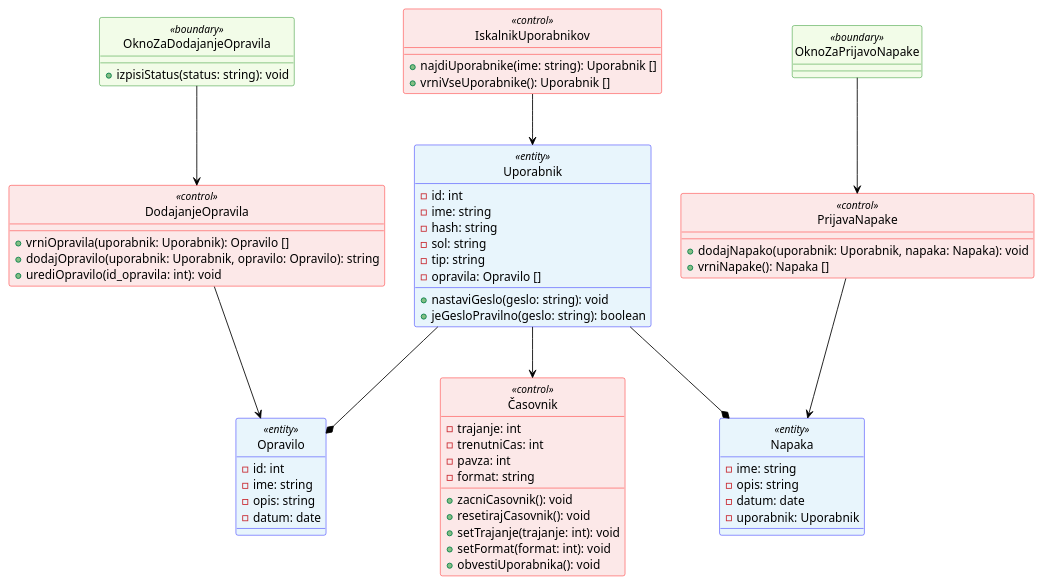
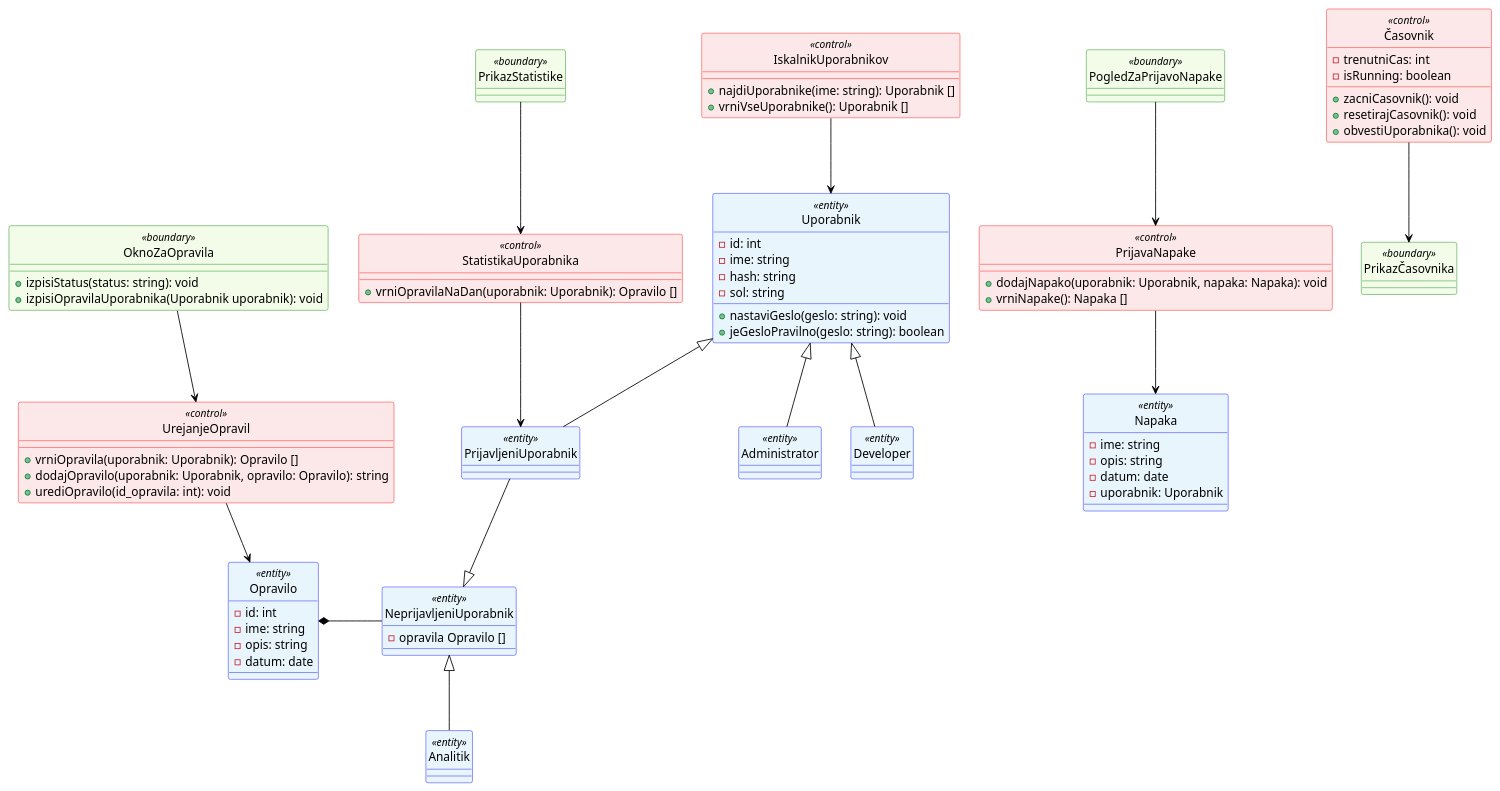
The diagram in docs/gradivo/plantuml/razredni_diagram.plantuml (juremrzek/ProductivityApp), drawn with PlantUML before and after one commit. The commit also changed other lines of this file, not shown here.

Commit message:
Added different user types to class diagram

```diff
--- a/docs/gradivo/plantuml/razredni_diagram.plantuml
+++ b/docs/gradivo/plantuml/razredni_diagram.plantuml
@@ -1,94 +1,118 @@
 @startuml Aplikacija produktivnosti in organizacije 
 skinparam class {
   backgroundColor white
   borderColor #5FB8EC
   arrowColor black
 }
 skinparam class<<entity>> {
   backgroundColor #e8f5fc
   borderColor Blue
 }
 skinparam class<<control>> {
   backgroundColor #fce8e8
   borderColor Red
 }
 skinparam class<<boundary>> {
   backgroundColor #f2fce8
   borderColor Green
 }
 
 'skinparam shadowing false
 skinparam defaultTextAlignment center
 hide circle
 'hide members
 
 '---------Razredi---------------------------
 ' Ali bo uporabnik imel atribut tip ali bomo imeli posebej
 ' razred za prijavljene/neprijavljene/developer uporabnike? idk
+Class NeprijavljeniUporabnik<<entity>> {
+  -opravila Opravilo []
+}
 Class Uporabnik<<entity>> {
   -id: int
   -ime: string
   -hash: string
-  -sol: string
-  -tip: string
-  -opravila: Opravilo [] 
+  -sol: string 
   +nastaviGeslo(geslo: string): void
   +jeGesloPravilno(geslo: string): boolean
+}
+Class PrijavljeniUporabnik<<entity>>{
+
+}
+Class Administrator<<entity>>{
+
+}
+Class Analitik<<entity>>{
+
+}
+Class Developer<<entity>>{
+
+}
+Class StatistikaUporabnika<<control>>{
+  +vrniOpravilaNaDan(uporabnik: Uporabnik): Opravilo []
+}
+Class PrikazStatistike<<boundary>>{
+
 }
 Class Opravilo<<entity>>{
   -id: int
   -ime: string
   -opis: string
   -datum: date
 }
-' boljše ime probably
-class DodajanjeOpravila<<control>>{
+class UrejanjeOpravil<<control>>{
   +vrniOpravila(uporabnik: Uporabnik): Opravilo []
   +dodajOpravilo(uporabnik: Uporabnik, opravilo: Opravilo): string
   +urediOpravilo(id_opravila: int): void
 }
-class OknoZaDodajanjeOpravila<<boundary>>{
+class OknoZaOpravila<<boundary>>{
   +izpisiStatus(status: string): void
+  +izpisiOpravilaUporabnika(Uporabnik uporabnik): void
 }
 Class Napaka<<entity>>{
   -ime: string
   -opis: string
   -datum: date
   -uporabnik: Uporabnik
 }
 Class PrijavaNapake<<control>>{
   +dodajNapako(uporabnik: Uporabnik, napaka: Napaka): void
   +vrniNapake(): Napaka []
 }
-Class OknoZaPrijavoNapake<<boundary>>
+Class PogledZaPrijavoNapake<<boundary>>
 
 Class IskalnikUporabnikov<<control>>{
   +najdiUporabnike(ime: string): Uporabnik []
   +vrniVseUporabnike(): Uporabnik []
 }
 
 ' obvestiUporabnika - ko čas poteče, naredi popup al whatever. (better name pls)
 ' also a rabmo dodatne atribute/funkcije za pavzo?
 Class Časovnik<<control>>{
-  -trajanje: int
   -trenutniCas: int
-  -pavza: int
-  -format: string
+  -isRunning: boolean
   +zacniCasovnik(): void
   +resetirajCasovnik(): void
-  +setTrajanje(trajanje: int): void
-  +setFormat(format: int): void
   +obvestiUporabnika(): void
+}
+Class PrikazČasovnika<<boundary>>{
+  
 }
 
 
 '------Povezave-----------------------
-Uporabnik --* Opravilo
-DodajanjeOpravila --> Opravilo
-OknoZaDodajanjeOpravila --> DodajanjeOpravila
-Uporabnik --* Napaka
+NeprijavljeniUporabnik -left-* Opravilo
+UrejanjeOpravil --> Opravilo
+OknoZaOpravila --> UrejanjeOpravil
 PrijavaNapake --> Napaka
-OknoZaPrijavoNapake --> PrijavaNapake
+PogledZaPrijavoNapake --> PrijavaNapake
 IskalnikUporabnikov --> Uporabnik
-Uporabnik --> Časovnik
+Časovnik --> PrikazČasovnika
+PrijavljeniUporabnik -up-|> Uporabnik
+PrijavljeniUporabnik --|> NeprijavljeniUporabnik
+Analitik -up-|> NeprijavljeniUporabnik
+Administrator -up-|> Uporabnik
+Developer -up-|> Uporabnik
+StatistikaUporabnika --> PrijavljeniUporabnik
+PrikazStatistike --> StatistikaUporabnika
 @enduml
```
